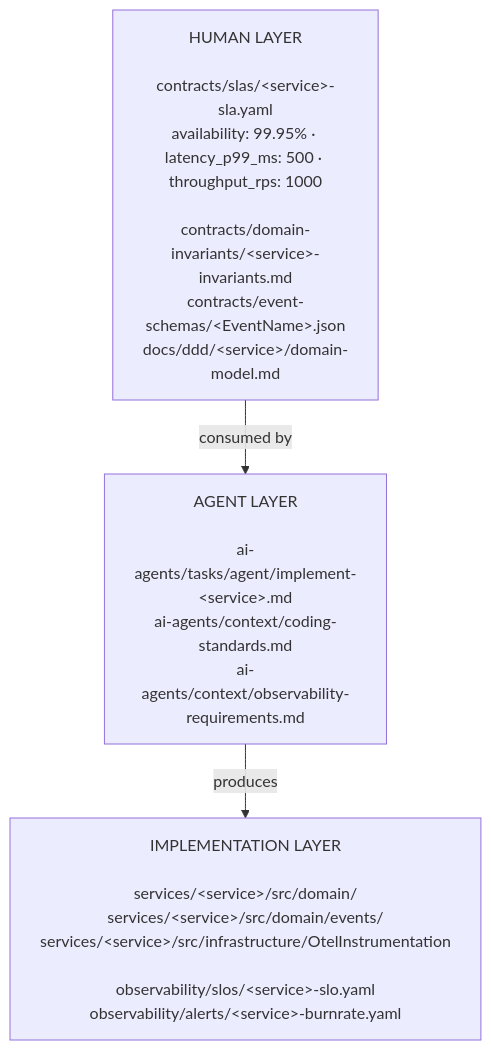
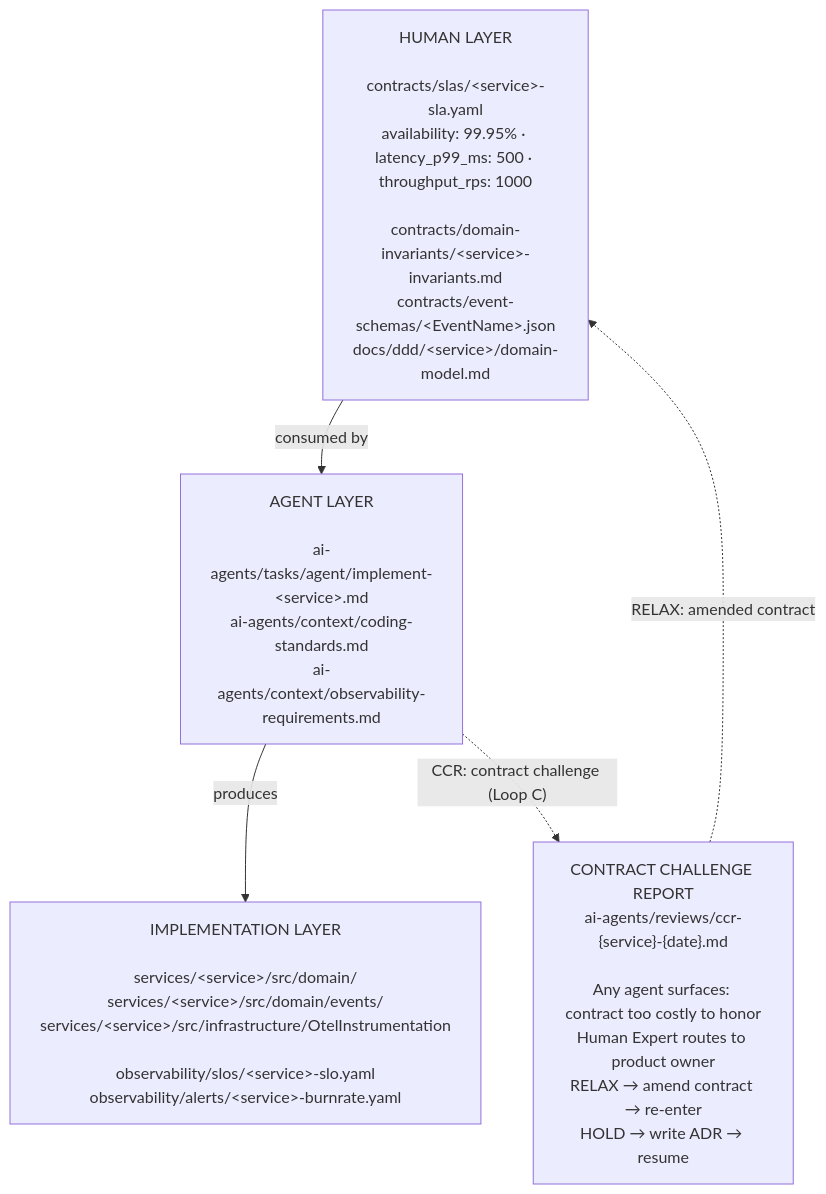
One commit to naren-chakraview/chakraview-ai-dev-model changed the diagram in docs/mechanism/contracts.md. Above: the diagram before and after it, drawn with Mermaid. The commit also changed 5 other files, not shown here.

Commit message:
docs: wire CCR into personas map, intake arc, task-specs, contracts diagram, meta-workflow, and README

````diff
--- a/docs/mechanism/contracts.md
+++ b/docs/mechanism/contracts.md
@@ -43,11 +43,15 @@
 ```mermaid
 flowchart TD
     H["HUMAN LAYER<br/><br/>contracts/slas/&lt;service&gt;-sla.yaml<br/>availability: 99.95% · latency_p99_ms: 500 · throughput_rps: 1000<br/><br/>contracts/domain-invariants/&lt;service&gt;-invariants.md<br/>contracts/event-schemas/&lt;EventName&gt;.json<br/>docs/ddd/&lt;service&gt;/domain-model.md"]
 
     A["AGENT LAYER<br/><br/>ai-agents/tasks/agent/implement-&lt;service&gt;.md<br/>ai-agents/context/coding-standards.md<br/>ai-agents/context/observability-requirements.md"]
 
     I["IMPLEMENTATION LAYER<br/><br/>services/&lt;service&gt;/src/domain/<br/>services/&lt;service&gt;/src/domain/events/<br/>services/&lt;service&gt;/src/infrastructure/OtelInstrumentation<br/><br/>observability/slos/&lt;service&gt;-slo.yaml<br/>observability/alerts/&lt;service&gt;-burnrate.yaml"]
 
+    CCR["CONTRACT CHALLENGE REPORT<br/>ai-agents/reviews/ccr-{service}-{date}.md<br/><br/>Any agent surfaces: contract too costly to honor<br/>Human Expert routes to product owner<br/>RELAX → amend contract → re-enter<br/>HOLD → write ADR → resume"]
+
     H -- "consumed by" --> A
     A -- "produces" --> I
+    A -. "CCR: contract challenge (Loop C)" .-> CCR
+    CCR -. "RELAX: amended contract" .-> H
 ```
````
